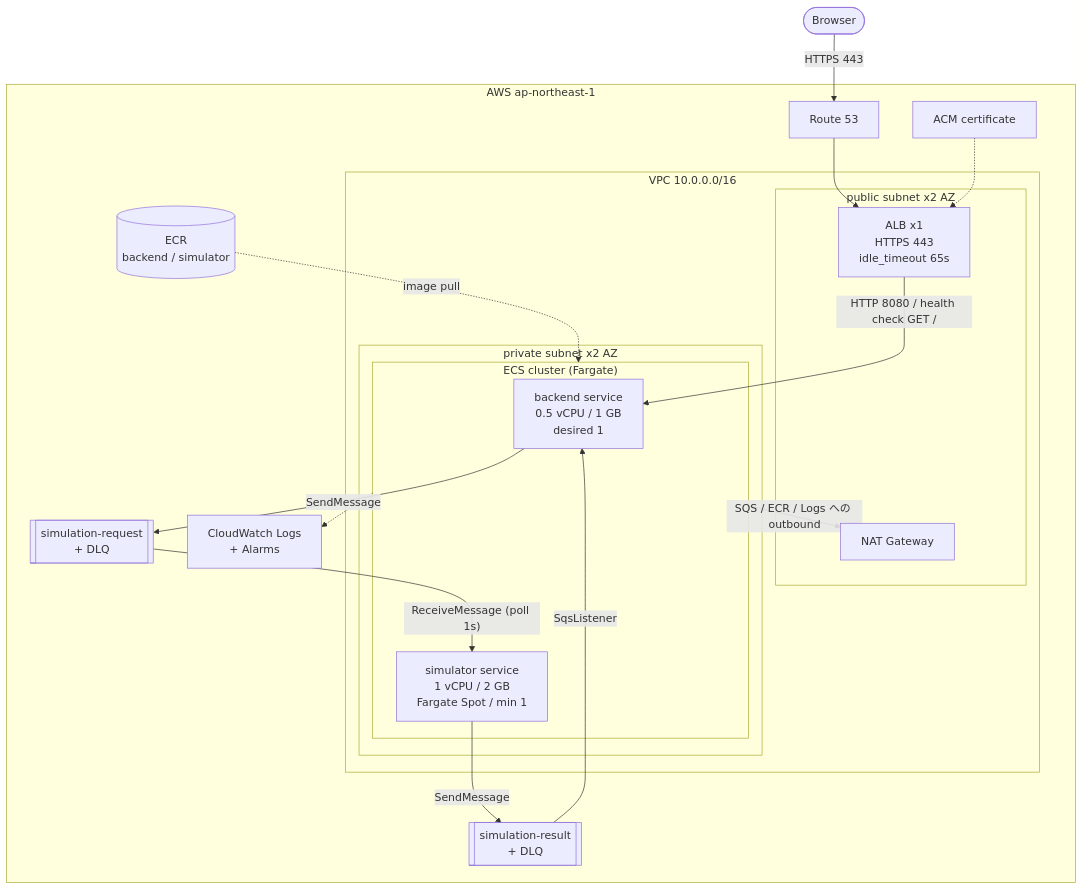
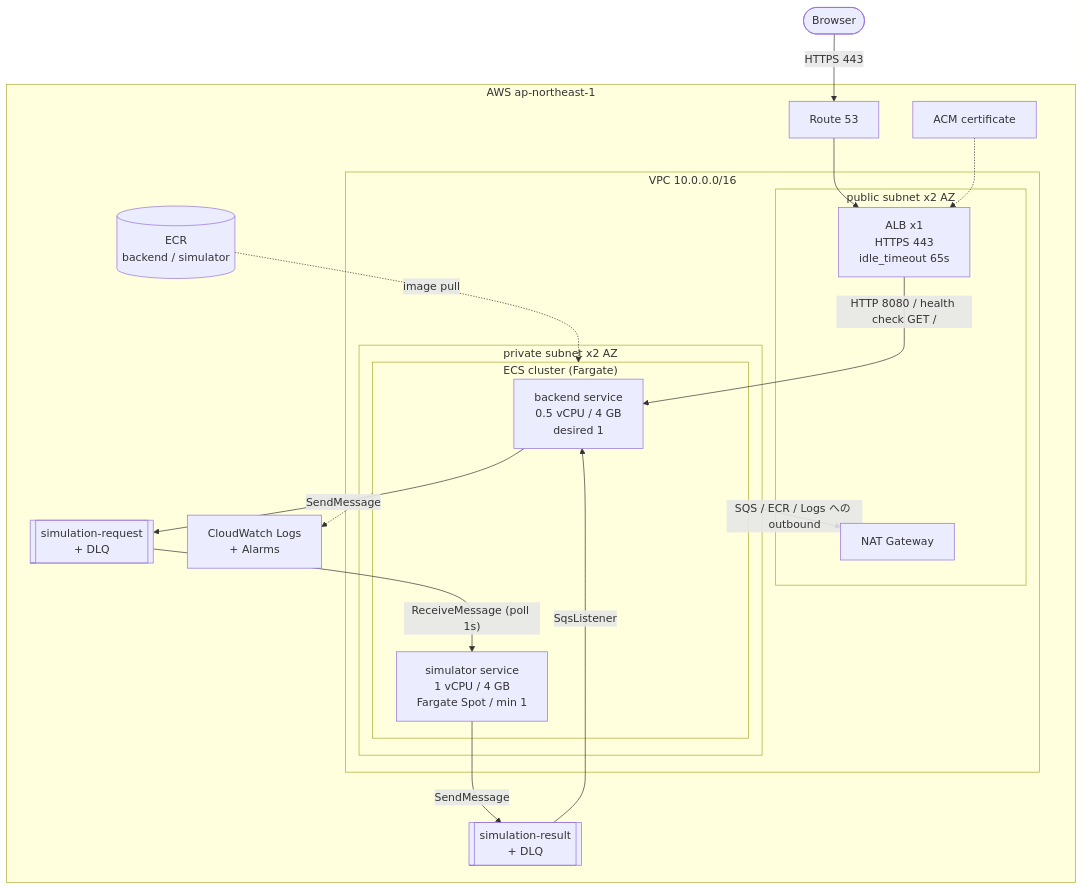
Before and after one commit to midetaro/baseball-orders: the diagram in docs/aws-deployment.md, drawn with Mermaid. The commit also changed other lines of this file and 2 other files, not shown here.

Commit message:
docs: describe the 4 GB Fargate tasks and the existing ECR repositories

````diff
--- a/docs/aws-deployment.md
+++ b/docs/aws-deployment.md
@@ -14,40 +14,40 @@
 ```mermaid
 flowchart TB
     browser(["Browser"])
 
     subgraph aws["AWS ap-northeast-1"]
         r53["Route 53"]
         acm["ACM certificate"]
         ecr[("ECR<br/>backend / simulator")]
         logs["CloudWatch Logs<br/>+ Alarms"]
 
         subgraph vpc["VPC 10.0.0.0/16"]
             subgraph pub["public subnet x2 AZ"]
                 alb["ALB x1<br/>HTTPS 443<br/>idle_timeout 65s"]
                 nat["NAT Gateway"]
             end
 
             subgraph pri["private subnet x2 AZ"]
                 subgraph cluster["ECS cluster (Fargate)"]
-                    backend["backend service<br/>0.5 vCPU / 1 GB<br/>desired 1"]
-                    simulator["simulator service<br/>1 vCPU / 2 GB<br/>Fargate Spot / min 1"]
+                    backend["backend service<br/>0.5 vCPU / 4 GB<br/>desired 1"]
+                    simulator["simulator service<br/>1 vCPU / 4 GB<br/>Fargate Spot / min 1"]
                 end
             end
         end
 
         requestq[["simulation-request<br/>+ DLQ"]]
         resultq[["simulation-result<br/>+ DLQ"]]
     end
 
     browser -->|HTTPS 443| r53
     r53 --> alb
     acm -.-> alb
     alb -->|"HTTP 8080 / health check GET /"| backend
     backend -->|SendMessage| requestq
     requestq -->|"ReceiveMessage (poll 1s)"| simulator
     simulator -->|SendMessage| resultq
     resultq -->|SqsListener| backend
     cluster -->|"SQS / ECR / Logs への outbound"| nat
     ecr -.->|image pull| cluster
     cluster -.-> logs
 ```
````
